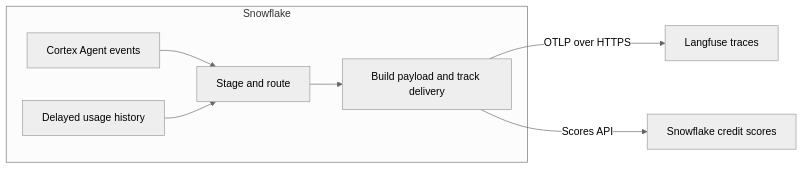
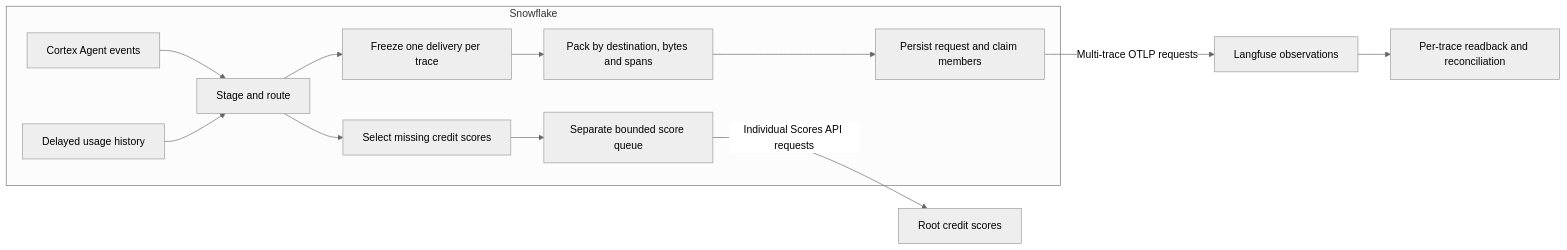
Before and after one commit to borismichel/snowflake-cortex-langfuse: the diagram in README.md, drawn with Mermaid (neutral theme). The commit also changed other lines of this file and 30 other files, not shown here.

First line of the commit message:
v1.2: bounded trace batching and CoCo deployment package (#1)

````diff
--- a/README.md
+++ b/README.md
@@ -40,10 +40,15 @@
 ```mermaid
 flowchart LR
   subgraph SF[Snowflake]
     A[Cortex Agent events] --> C[Stage and route]
     B[Delayed usage history] --> C
-    C --> D[Build payload and track delivery]
+    C --> D[Freeze one delivery per trace]
+    D --> G[Pack by destination, bytes and spans]
+    G --> H[Persist request and claim members]
+    C --> I[Select missing credit scores]
+    I --> J[Separate bounded score queue]
   end
-  D -->|OTLP over HTTPS| E[Langfuse traces]
-  D -->|Scores API| F[Snowflake credit scores]
+  H -->|Multi-trace OTLP requests| E[Langfuse observations]
+  J -->|Individual Scores API requests| F[Root credit scores]
+  E --> K[Per-trace readback and reconciliation]
 ```
````
